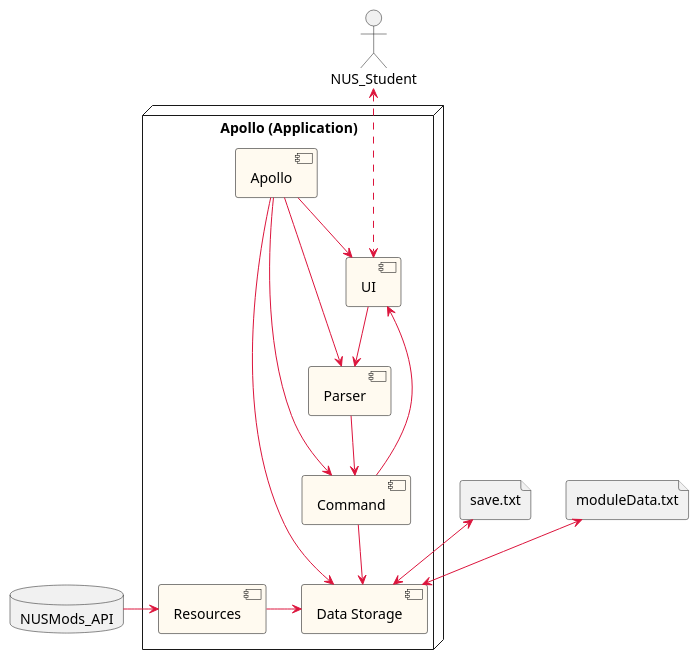
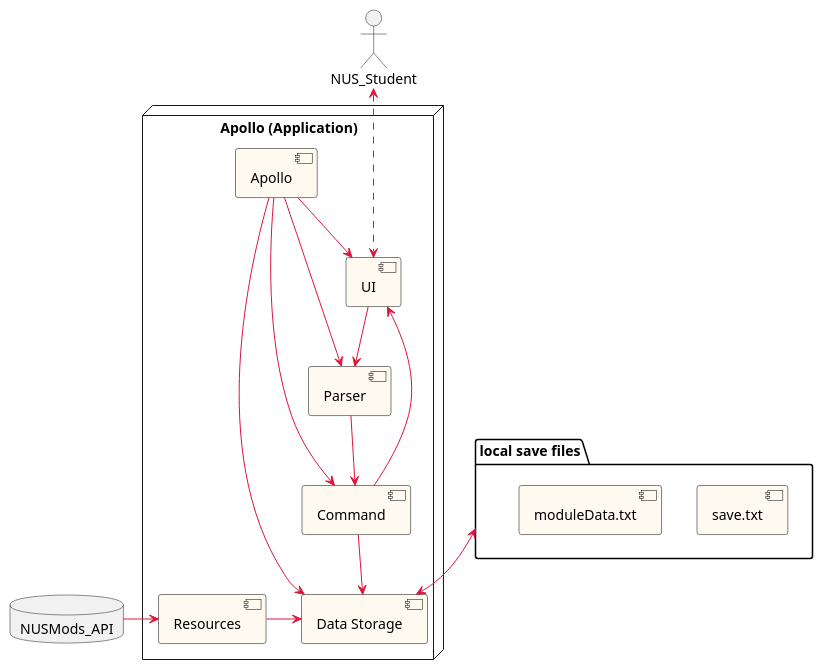
The diagram in docs/uml-source/SystemArchitecture.puml (nus-cs2113-AY2223S2/tp), drawn with PlantUML before and after one commit. The commit also changed 4 other files, not shown here.

Commit message:
Update UML diagrams

```diff
--- a/docs/uml-source/SystemArchitecture.puml
+++ b/docs/uml-source/SystemArchitecture.puml
@@ -1,43 +1,44 @@
 @startuml
 'https://plantuml.com/component-diagram
 
 skinparam maxMessageSize 150
 skinparam wrapWidth 150
 
 skinparam component {
   BackgroundColor FloralWhite
   BorderColor Black
   ArrowColor Crimson
 }
 
 
 node "Apollo (Application)" {
   [Apollo]
   [UI]
   [Parser]
   [Command]
   [Data Storage]
-    [Resources]
+  [Resources]
 }
 
 actor NUS_Student
 database NUSMods_API
-file save.txt
-file moduleData.txt
-
+folder "local save files" {
+    [save.txt]
+    [moduleData.txt]
+}
 
 [Apollo] --> [UI]
 [Apollo] --> [Data Storage]
 [Apollo] --> [Parser]
 [Apollo] --> [Command]
 NUS_Student <-.-> [UI]
 [UI] --> [Parser]
 [Parser] --> [Command]
 [Command] --> [UI]
 [Command] --> [Data Storage]
 NUSMods_API -right-> [Resources]
 [Resources] -right-> [Data Storage]
-[save.txt]<-->[Data Storage]
-[moduleData.txt]<-->[Data Storage]
+"local save files"<-->[Data Storage]
+
 
 @enduml
```
